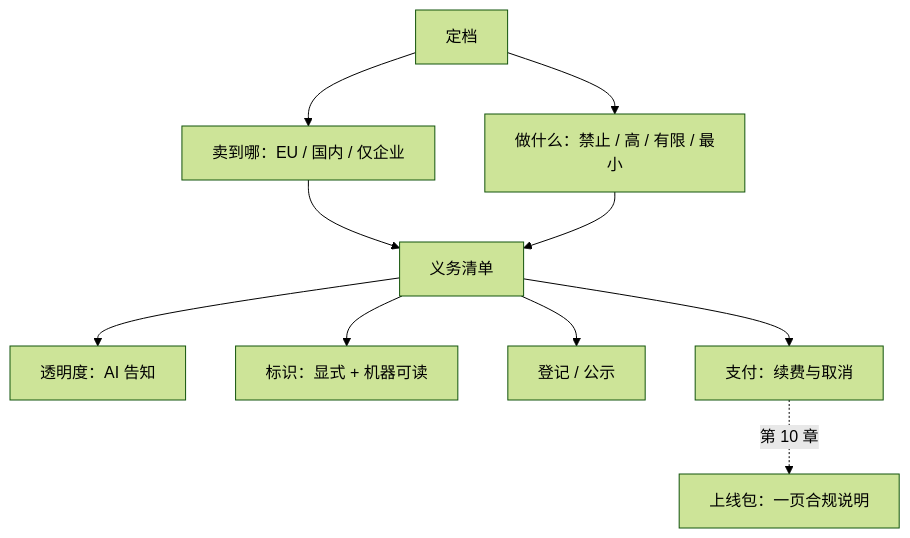
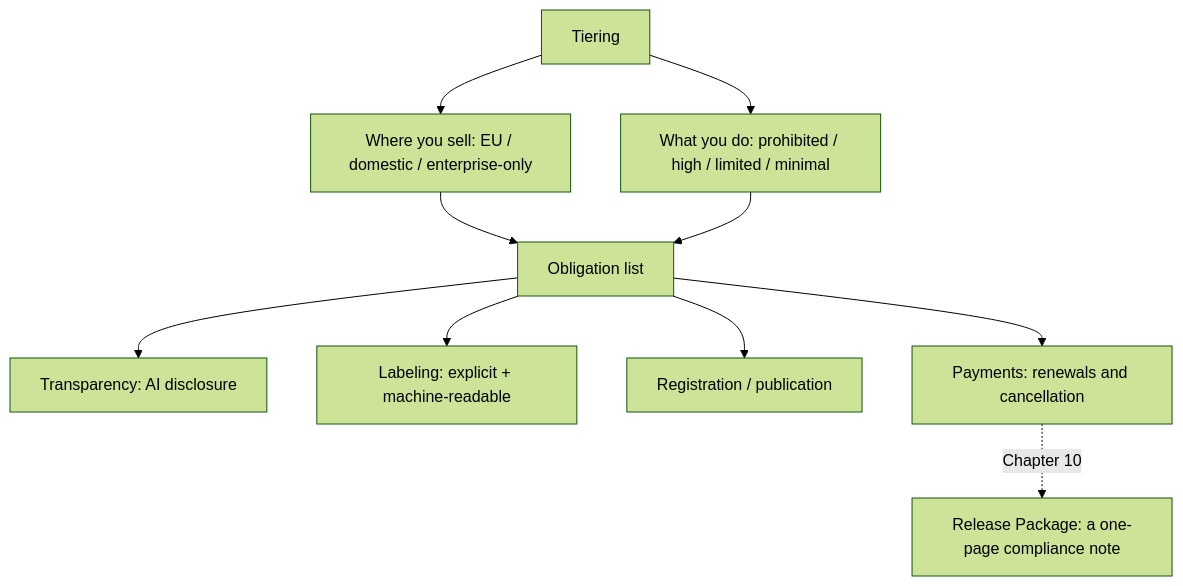
The second of 2 diagrams in phase5/chapters/ch08-compliance.md (xzlxiao/vibe-coding-textbook), drawn with Mermaid (forest theme) before and after one commit. The commit also changed other lines of this file and 10 other files, not shown here.

````diff
--- a/phase5/chapters/ch08-compliance.md
+++ b/phase5/chapters/ch08-compliance.md
@@ -235,12 +235,12 @@
 ```mermaid
 flowchart TD
-    A["定档"] --> B["卖到哪：EU / 国内 / 仅企业"]
-    A --> C["做什么：禁止 / 高 / 有限 / 最小"]
-    B --> D["义务清单"]
+    A["Tiering"] --> B["Where you sell: EU / domestic / enterprise-only"]
+    A --> C["What you do: prohibited / high / limited / minimal"]
+    B --> D["Obligation list"]
     C --> D
-    D --> E["透明度：AI 告知"]
-    D --> F["标识：显式 + 机器可读"]
-    D --> G["登记 / 公示"]
-    D --> H["支付：续费与取消"]
-    H -.->|"第 10 章"| I["上线包：一页合规说明"]
+    D --> E["Transparency: AI disclosure"]
+    D --> F["Labeling: explicit + machine-readable"]
+    D --> G["Registration / publication"]
+    D --> H["Payments: renewals and cancellation"]
+    H -.->|"Chapter 10"| I["Release Package: a one-page compliance note"]
 ```
````
